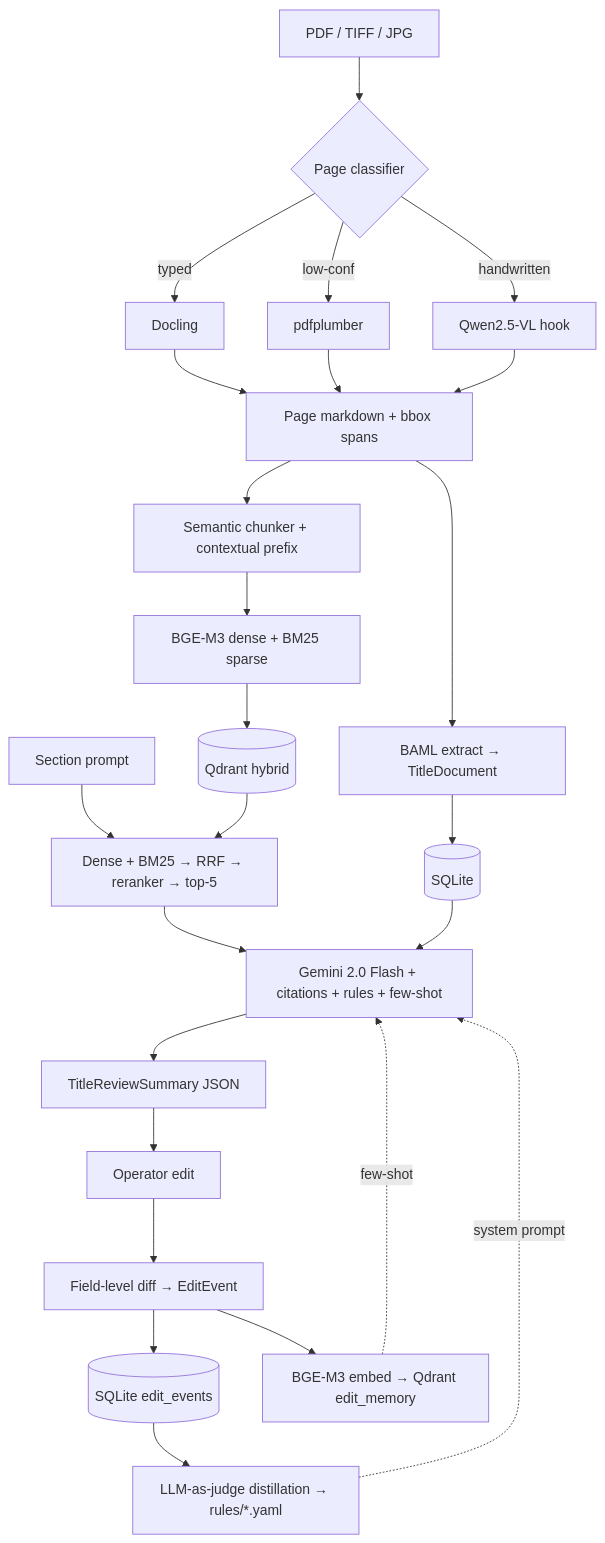
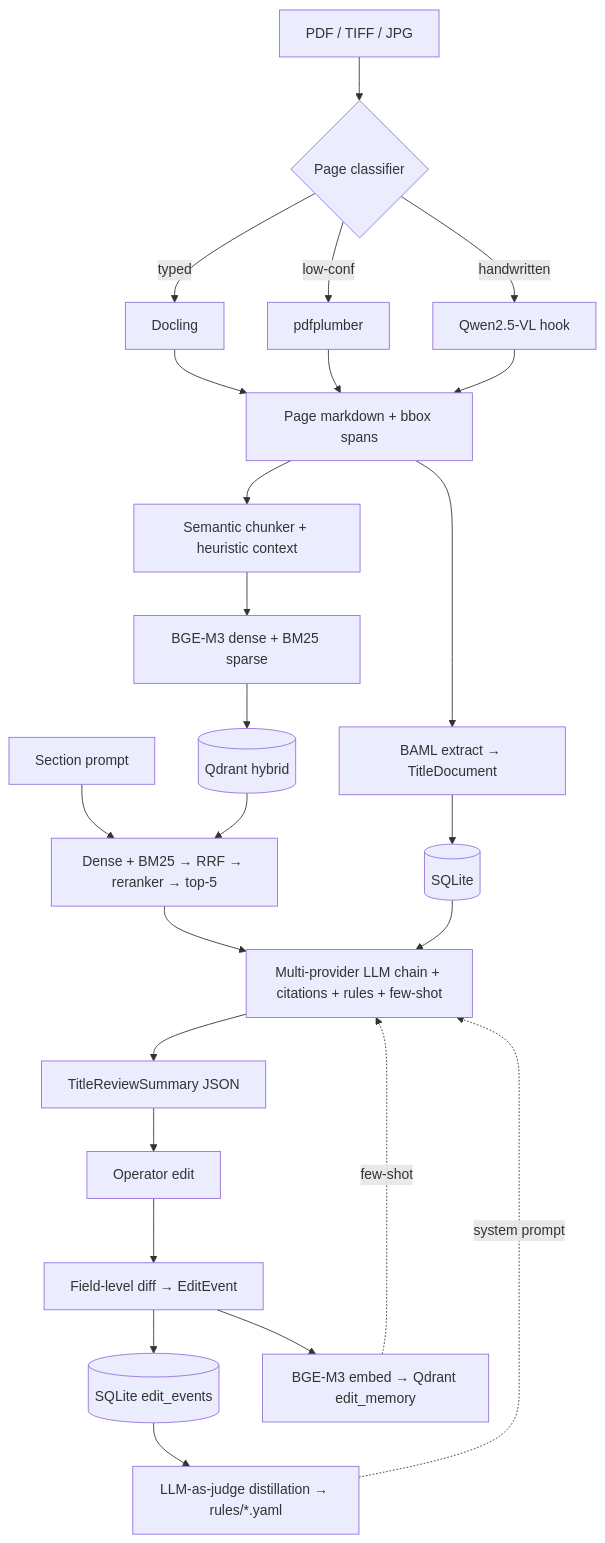
Before and after one commit to hozaifa1/titan-title-review-ai: the diagram in README.md, drawn with Mermaid. The commit also changed other lines of this file and 30 other files, not shown here.

````diff
--- a/README.md
+++ b/README.md
@@ -63,25 +63,25 @@
 ```mermaid
 flowchart TB
     A[PDF / TIFF / JPG] --> B{Page classifier}
     B -->|typed| C1[Docling]
     B -->|low-conf| C2[pdfplumber]
     B -->|handwritten| C3[Qwen2.5-VL hook]
     C1 & C2 & C3 --> D[Page markdown + bbox spans]
     D --> E[BAML extract → TitleDocument]
     E --> F[(SQLite)]
-    D --> G[Semantic chunker + contextual prefix]
+    D --> G[Semantic chunker + heuristic context]
     G --> H[BGE-M3 dense + BM25 sparse]
     H --> I[(Qdrant hybrid)]
     Q[Section prompt] --> R[Dense + BM25 → RRF → reranker → top-5]
     I --> R
-    R --> S[Gemini 2.0 Flash + citations + rules + few-shot]
+    R --> S[Multi-provider LLM chain + citations + rules + few-shot]
     F --> S
     S --> T[TitleReviewSummary JSON]
     T --> U[Operator edit]
     U --> V[Field-level diff → EditEvent]
     V --> W[(SQLite edit_events)]
     V --> X[BGE-M3 embed → Qdrant edit_memory]
     W --> Y[LLM-as-judge distillation → rules/*.yaml]
     X -.few-shot.-> S
     Y -.system prompt.-> S
 ```
````
